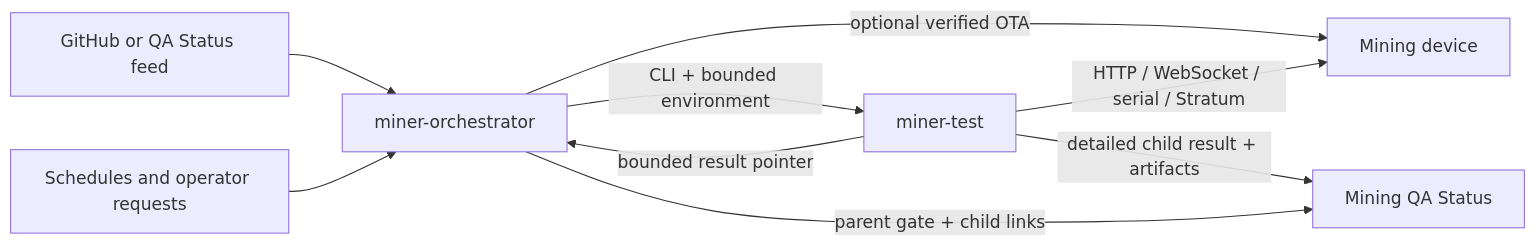
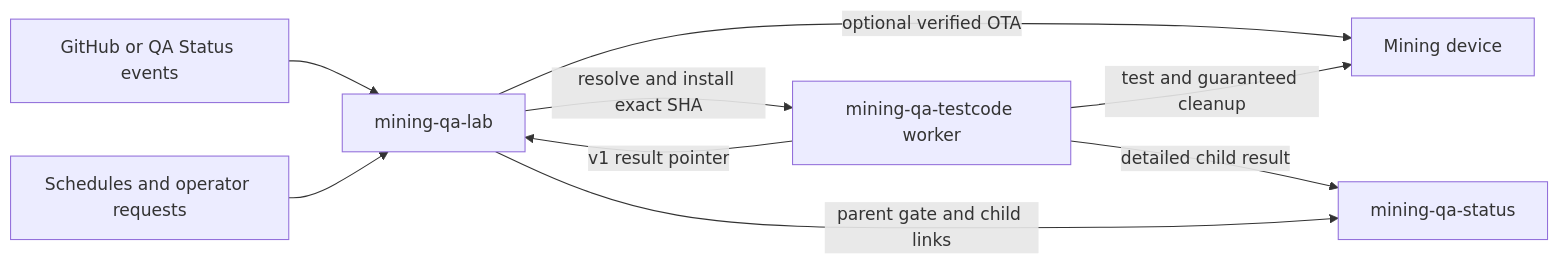
Before and after one commit to johnny9/mining-qa-lab: the diagram in specs/OVERVIEW.md, drawn with Mermaid. The commit also changed other lines of this file and 158 other files, not shown here.

First line of the commit message:
Split lab orchestrator into mining-qa-lab

````diff
--- a/specs/OVERVIEW.md
+++ b/specs/OVERVIEW.md
@@ -93,11 +55,11 @@
 ```mermaid
 flowchart LR
-    G["GitHub or QA Status feed"] --> O["miner-orchestrator"]
-    S["Schedules and operator requests"] --> O
-    O -->|"optional verified OTA"| D["Mining device"]
-    O -->|"CLI + bounded environment"| T["miner-test"]
-    T -->|"HTTP / WebSocket / serial / Stratum"| D
-    T -->|"detailed child result + artifacts"| Q["Mining QA Status"]
-    T -->|"bounded result pointer"| O
-    O -->|"parent gate + child links"| Q
+    E["GitHub or QA Status events"] --> L["mining-qa-lab"]
+    O["Schedules and operator requests"] --> L
+    L -->|"resolve and install exact SHA"| T["mining-qa-testcode worker"]
+    L -->|"optional verified OTA"| D["Mining device"]
+    T -->|"test and guaranteed cleanup"| D
+    T -->|"detailed child result"| Q["mining-qa-status"]
+    T -->|"v1 result pointer"| L
+    L -->|"parent gate and child links"| Q
 ```
````
